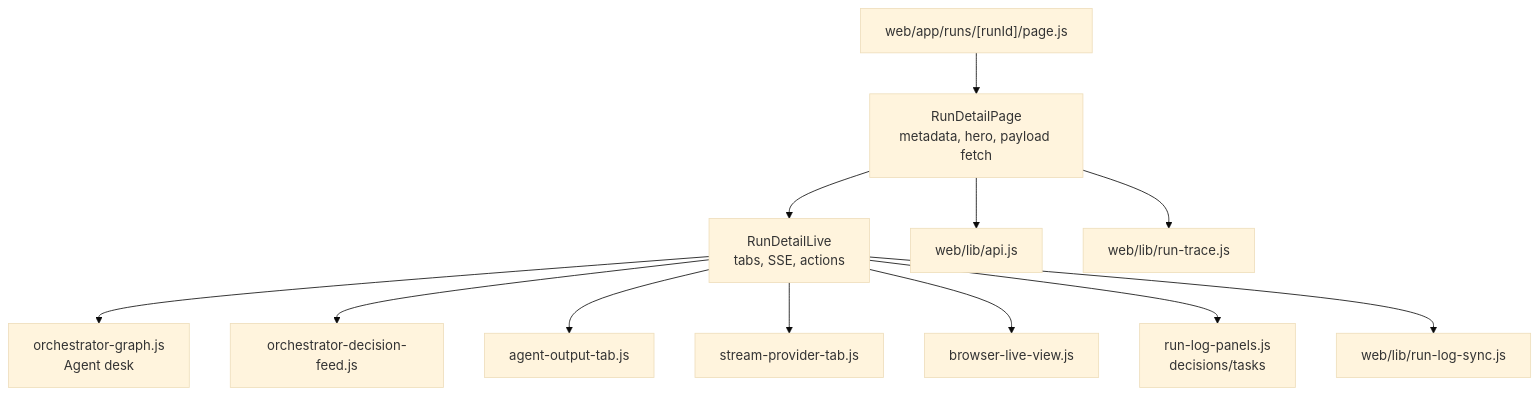
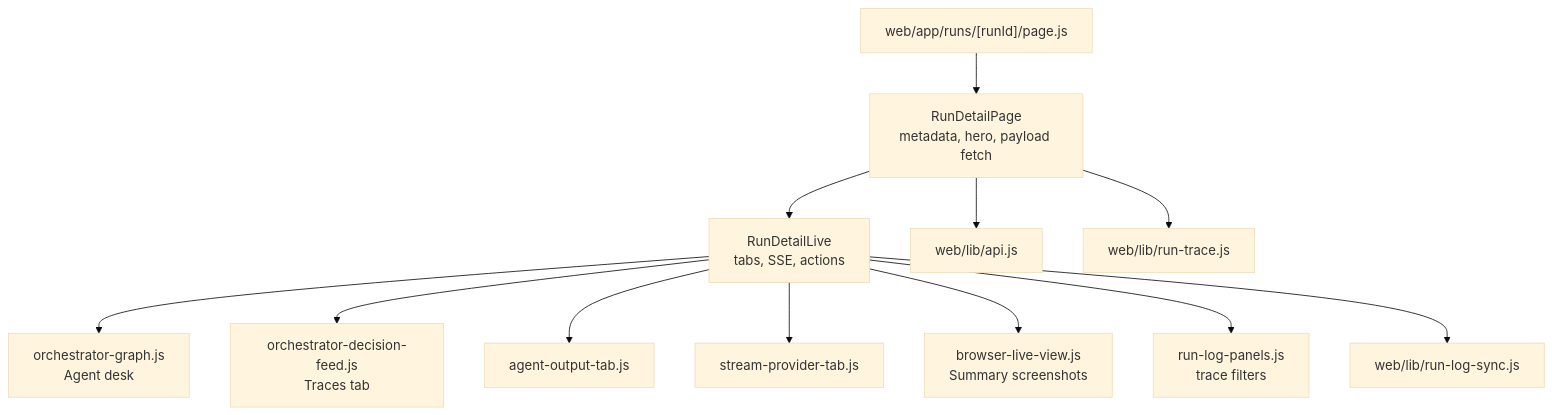
Before and after one commit to arfaouiahmed1/Open-Web-Catcher: the first of 6 diagrams in docs/workflow/agent-desk.md, drawn with Mermaid (base theme). The commit also changed other lines of this file and 56 other files, not shown here.

Commit message:
Fix Mermaid diagrams in active and legacy docs

````diff
--- a/docs/workflow/agent-desk.md
+++ b/docs/workflow/agent-desk.md
@@ -18,27 +18,27 @@
 ```mermaid
 flowchart TB
   Route["web/app/runs/[runId]/page.js"]
   Page["RunDetailPage<br/>metadata, hero, payload fetch"]
   Live["RunDetailLive<br/>tabs, SSE, actions"]
   Graph["orchestrator-graph.js<br/>Agent desk"]
-  DecisionFeed["orchestrator-decision-feed.js"]
+  TraceFeed["orchestrator-decision-feed.js<br/>Traces tab"]
   OutputTab["agent-output-tab.js"]
   ProviderTab["stream-provider-tab.js"]
-  BrowserTab["browser-live-view.js"]
-  Panels["run-log-panels.js<br/>decisions/tasks"]
+  BrowserSummary["browser-live-view.js<br/>Summary screenshots"]
+  Panels["run-log-panels.js<br/>trace filters"]
   ApiLib["web/lib/api.js"]
   TraceLib["web/lib/run-trace.js"]
   SyncLib["web/lib/run-log-sync.js"]
 
   Route --> Page
   Page --> ApiLib
   Page --> TraceLib
   Page --> Live
   Live --> Graph
-  Live --> DecisionFeed
+  Live --> TraceFeed
   Live --> OutputTab
   Live --> ProviderTab
-  Live --> BrowserTab
+  Live --> BrowserSummary
   Live --> Panels
   Live --> SyncLib
 ```
````
